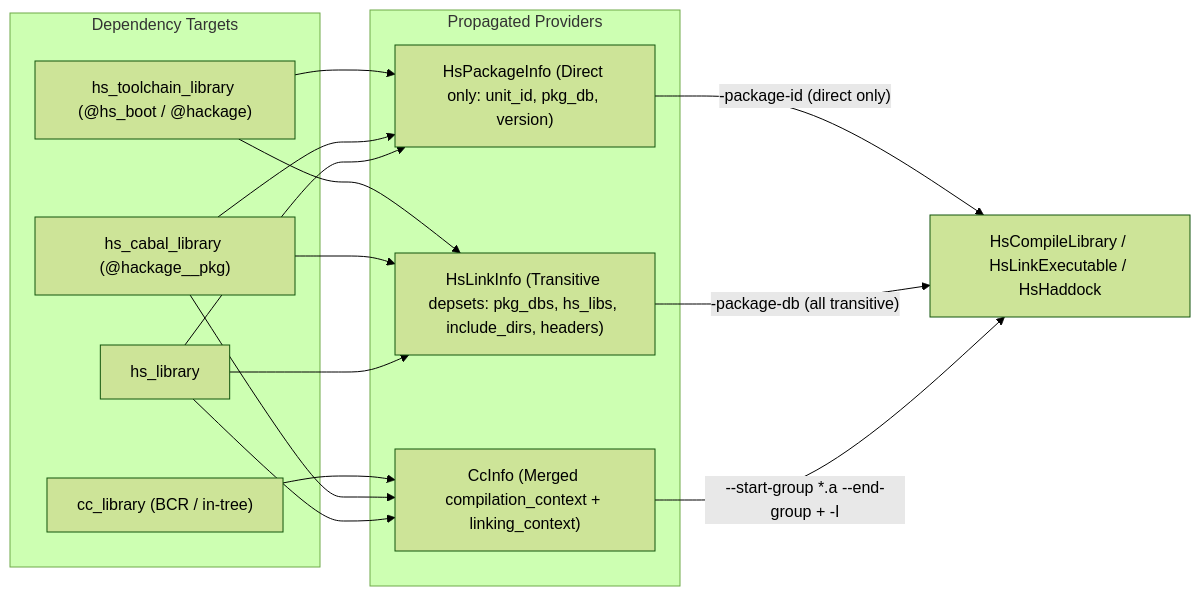
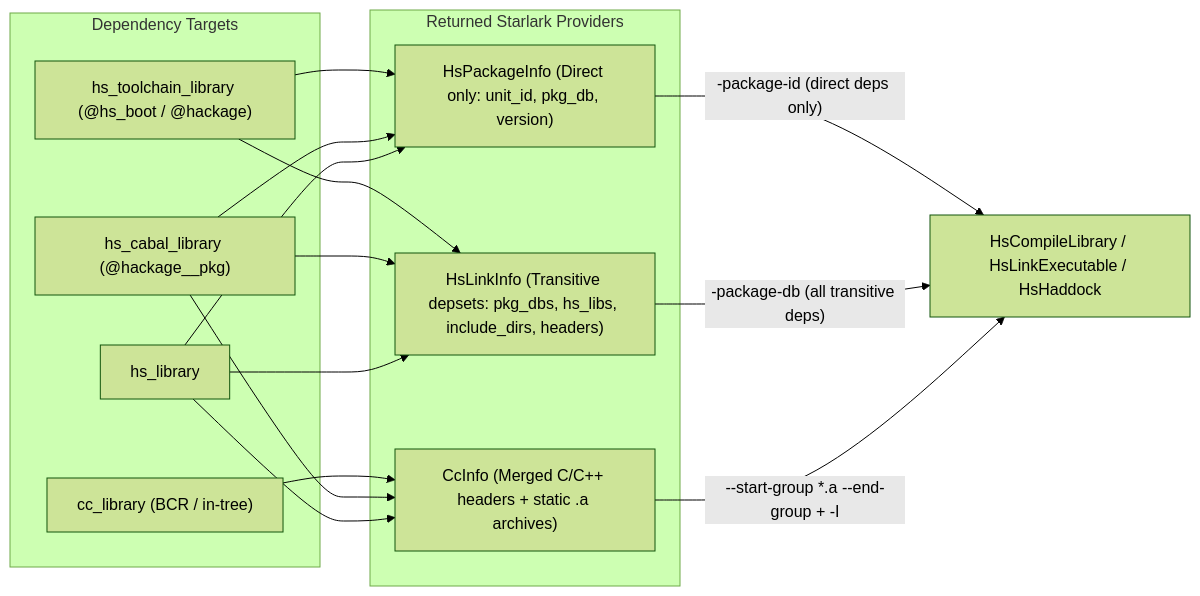
The first of 2 diagrams in docs/content/internals/providers-and-actions.md (kaycebasques/hs), drawn with Mermaid (forest theme) before and after one commit. The commit also changed other lines of this file and 3 other files, not shown here.

````diff
--- a/docs/content/internals/providers-and-actions.md
+++ b/docs/content/internals/providers-and-actions.md
@@ -15,29 +18,29 @@
 ```mermaid
 flowchart LR
     subgraph Deps["Dependency Targets"]
         BOOT["hs_toolchain_library (@hs_boot / @hackage)"]
         CCLIB["cc_library (BCR / in-tree)"]
         CABAL["hs_cabal_library (@hackage__pkg)"]
         HSLIB["hs_library"]
     end
 
-    subgraph Providers["Propagated Providers"]
+    subgraph Providers["Returned Starlark Providers"]
         PKG["HsPackageInfo (Direct only: unit_id, pkg_db, version)"]
         LINK["HsLinkInfo (Transitive depsets: pkg_dbs, hs_libs, include_dirs, headers)"]
-        CC["CcInfo (Merged compilation_context + linking_context)"]
+        CC["CcInfo (Merged C/C++ headers + static .a archives)"]
     end
 
     BOOT --> PKG
     BOOT --> LINK
     CCLIB --> CC
     CABAL --> PKG
     CABAL --> LINK
     CABAL --> CC
     HSLIB --> PKG
     HSLIB --> LINK
     HSLIB --> CC
 
-    PKG -->|"-package-id (direct only)"| COMP["HsCompileLibrary / HsLinkExecutable / HsHaddock"]
-    LINK -->|"-package-db (all transitive)"| COMP
+    PKG -->|"-package-id (direct deps only)"| COMP["HsCompileLibrary / HsLinkExecutable / HsHaddock"]
+    LINK -->|"-package-db (all transitive deps)"| COMP
     CC -->|"--start-group *.a --end-group + -I"| COMP
 ```
````
